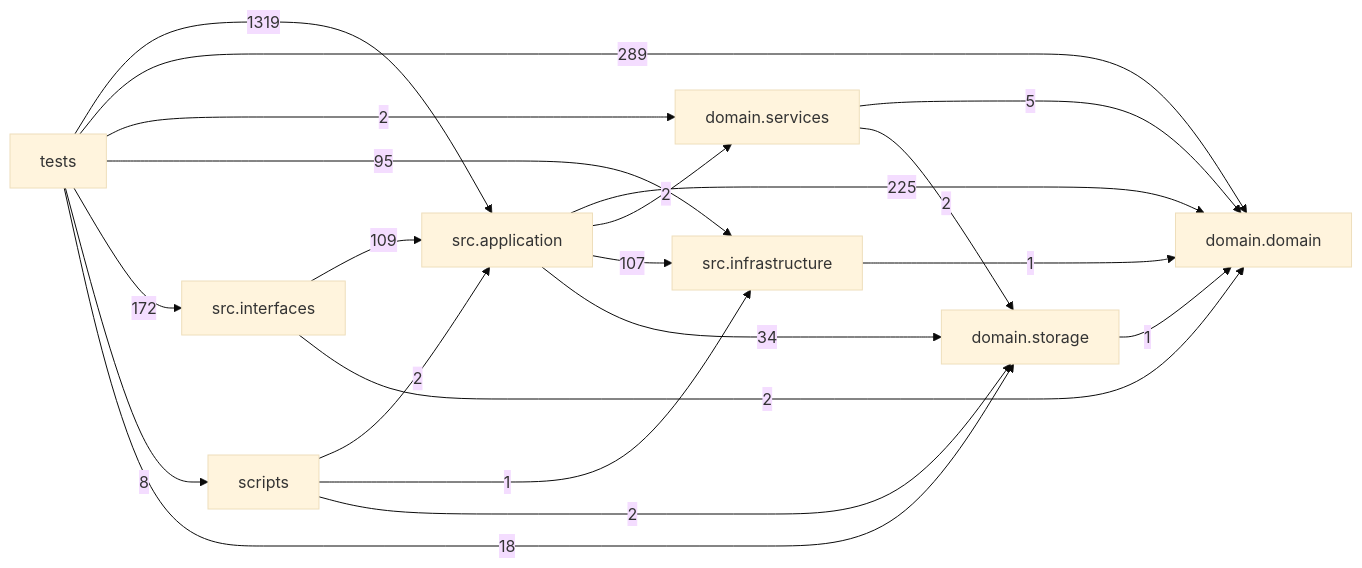
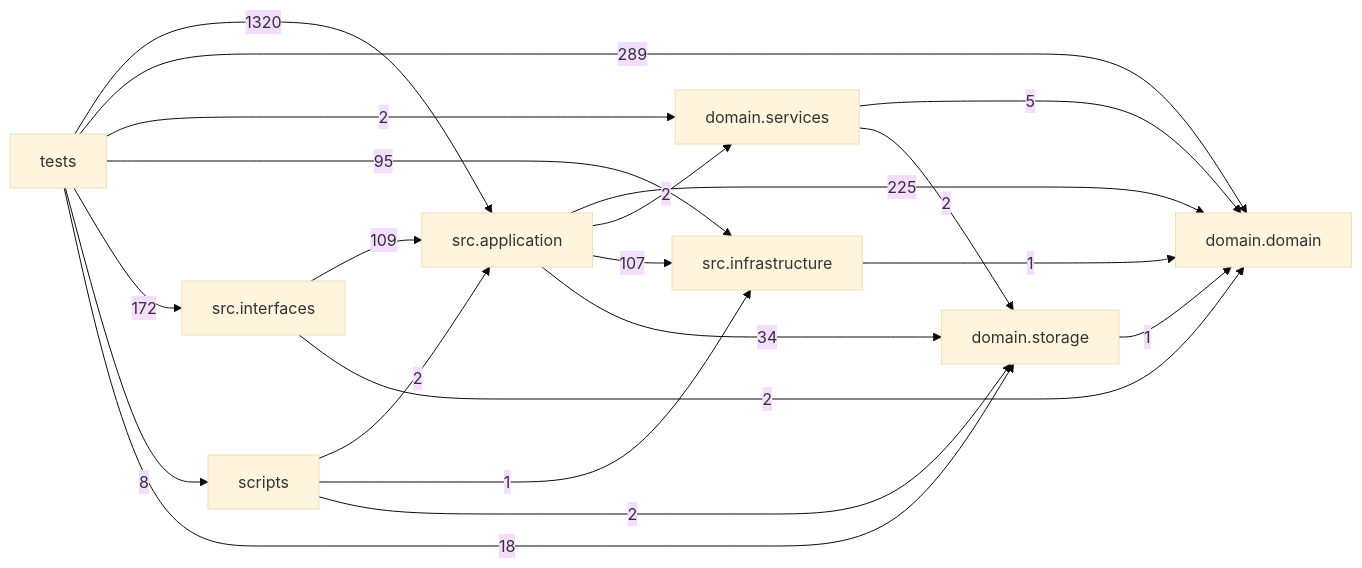
Before and after one commit to liuxie066/options-monitor: the diagram in docs/DEPENDENCY_GRAPH.md, drawn with Mermaid (base theme). The commit also changed other lines of this file, not shown here.

Commit message:
chore: refresh dependency graph for 1.2.303

````diff
--- a/docs/DEPENDENCY_GRAPH.md
+++ b/docs/DEPENDENCY_GRAPH.md
@@ -24,31 +24,31 @@
 ```mermaid
 flowchart LR
   tests["tests"]
   scripts["scripts"]
   interfaces["src.interfaces"]
   application["src.application"]
   infrastructure["src.infrastructure"]
   domain_services["domain.services"]
   domain["domain.domain"]
   storage["domain.storage"]
   application -->|225| domain
   application -->|2| domain_services
   application -->|107| infrastructure
   application -->|34| storage
   domain_services -->|5| domain
   domain_services -->|2| storage
   infrastructure -->|1| domain
   interfaces -->|109| application
   interfaces -->|2| domain
   scripts -->|2| application
   scripts -->|1| infrastructure
   scripts -->|2| storage
   storage -->|1| domain
-  tests -->|1319| application
+  tests -->|1320| application
   tests -->|289| domain
   tests -->|2| domain_services
   tests -->|95| infrastructure
   tests -->|172| interfaces
   tests -->|8| scripts
   tests -->|18| storage
 ```
````
